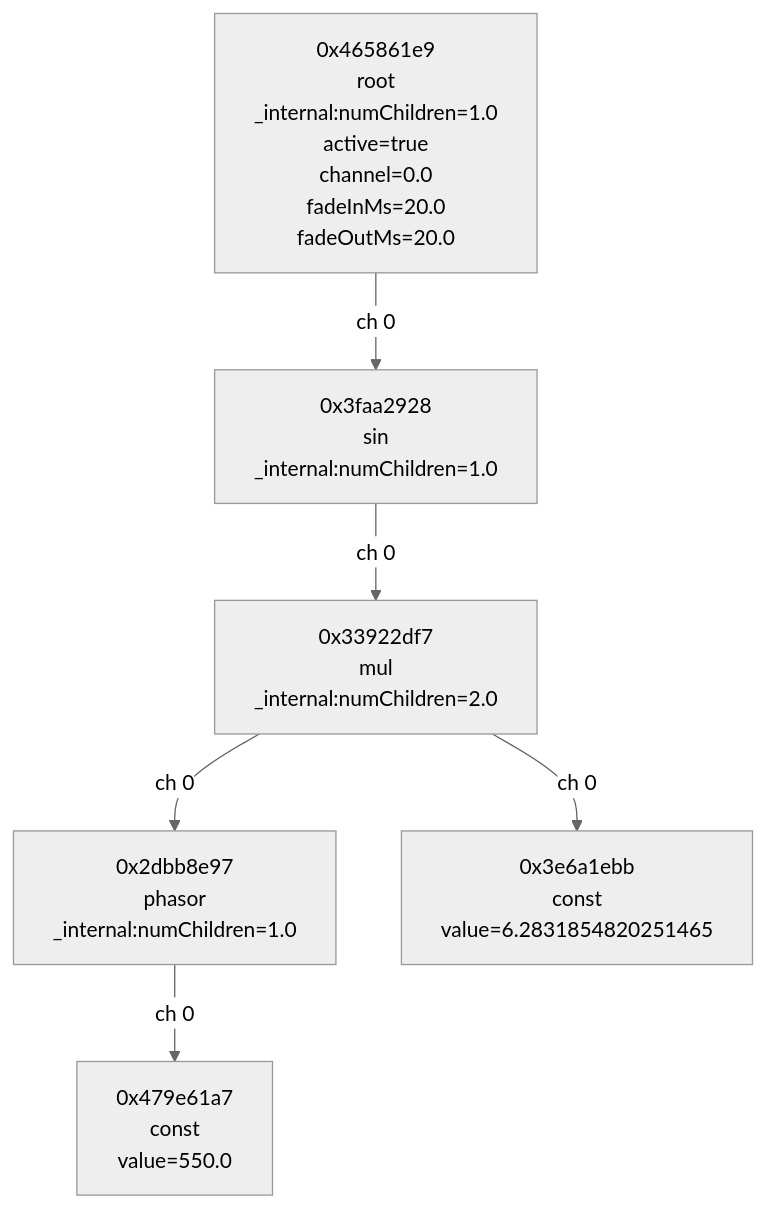
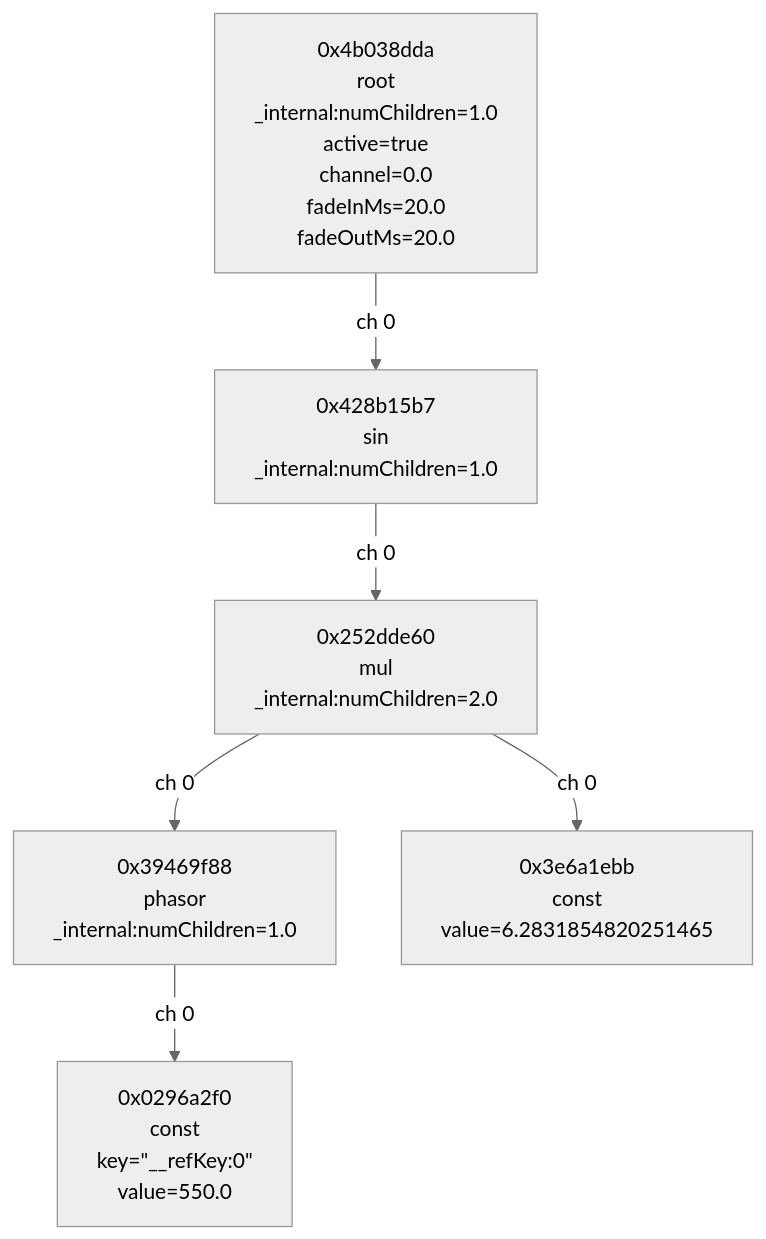
Before and after one commit to parkernilson/elementary: the diagram in tests/snapshots/RefSetterUpdatesPropsWithoutRecreatingTree.snapshot.md, drawn with Mermaid (neutral theme). The commit also changed 5 other files, not shown here.

````diff
--- a/tests/snapshots/RefSetterUpdatesPropsWithoutRecreatingTree.snapshot.md
+++ b/tests/snapshots/RefSetterUpdatesPropsWithoutRecreatingTree.snapshot.md
@@ -1,14 +1,14 @@
 ```mermaid
 flowchart TD
-    n0x2dbb8e97["0x2dbb8e97<br/>phasor<br/>_internal:numChildren=1.0"]
-    n0x33922df7["0x33922df7<br/>mul<br/>_internal:numChildren=2.0"]
+    n0x0296a2f0["0x0296a2f0<br/>const<br/>key=#quot;__refKey:0#quot;<br/>value=550.0"]
+    n0x252dde60["0x252dde60<br/>mul<br/>_internal:numChildren=2.0"]
+    n0x39469f88["0x39469f88<br/>phasor<br/>_internal:numChildren=1.0"]
     n0x3e6a1ebb["0x3e6a1ebb<br/>const<br/>value=6.2831854820251465"]
-    n0x3faa2928["0x3faa2928<br/>sin<br/>_internal:numChildren=1.0"]
-    n0x465861e9["0x465861e9<br/>root<br/>_internal:numChildren=1.0<br/>active=true<br/>channel=0.0<br/>fadeInMs=20.0<br/>fadeOutMs=20.0"]
-    n0x479e61a7["0x479e61a7<br/>const<br/>value=550.0"]
-    n0x2dbb8e97 -->|ch 0| n0x479e61a7
-    n0x33922df7 -->|ch 0| n0x3e6a1ebb
-    n0x33922df7 -->|ch 0| n0x2dbb8e97
-    n0x3faa2928 -->|ch 0| n0x33922df7
-    n0x465861e9 -->|ch 0| n0x3faa2928
+    n0x428b15b7["0x428b15b7<br/>sin<br/>_internal:numChildren=1.0"]
+    n0x4b038dda["0x4b038dda<br/>root<br/>_internal:numChildren=1.0<br/>active=true<br/>channel=0.0<br/>fadeInMs=20.0<br/>fadeOutMs=20.0"]
+    n0x252dde60 -->|ch 0| n0x3e6a1ebb
+    n0x252dde60 -->|ch 0| n0x39469f88
+    n0x39469f88 -->|ch 0| n0x0296a2f0
+    n0x428b15b7 -->|ch 0| n0x252dde60
+    n0x4b038dda -->|ch 0| n0x428b15b7
 ```
````
